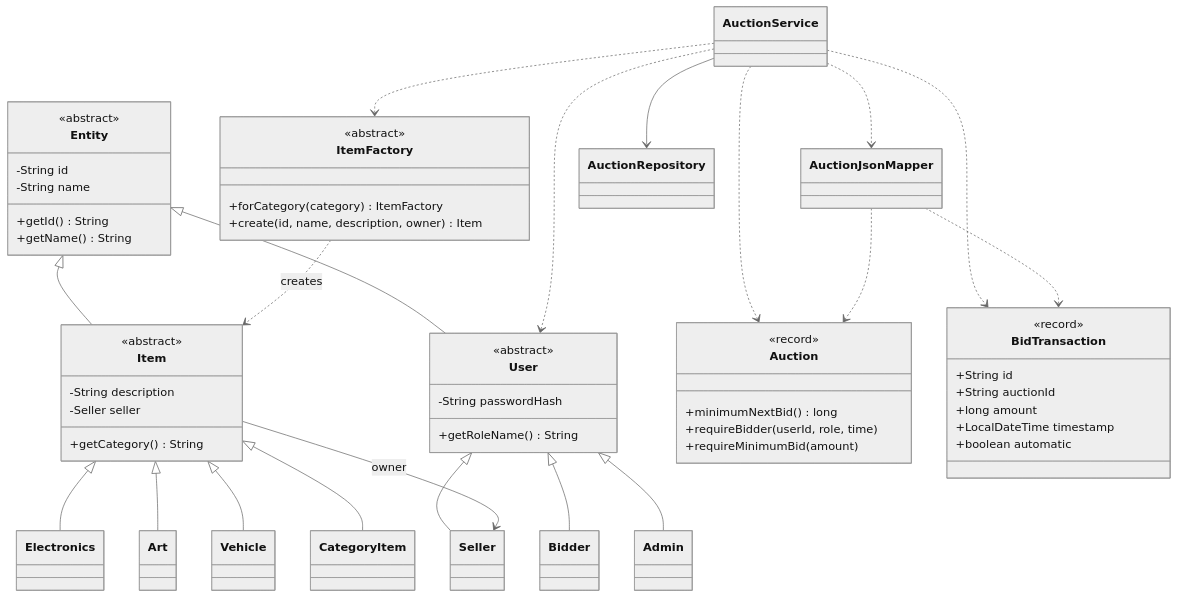
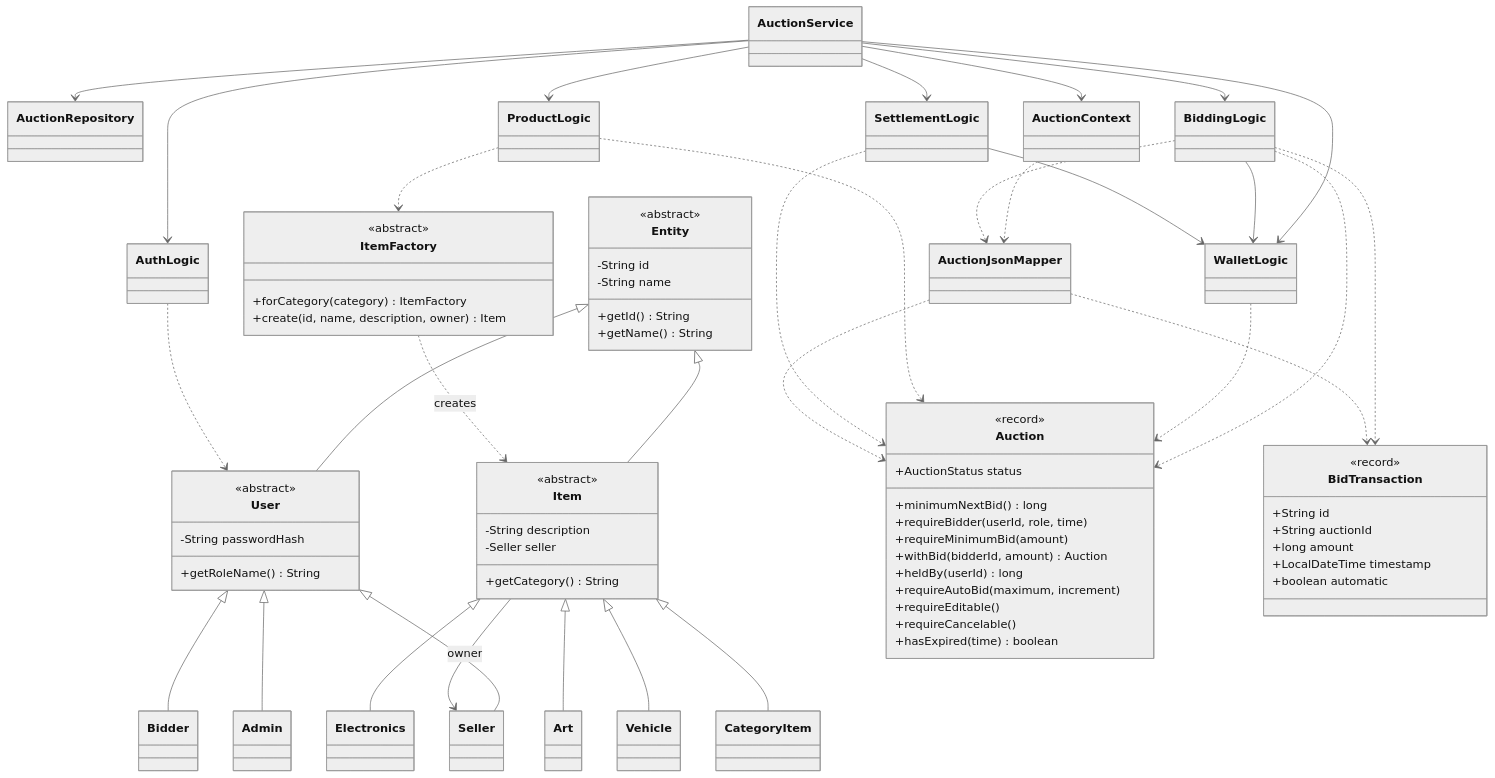
The second of 4 diagrams in docs/viva/ARCHITECTURE.md (hgiang757/Bai-Tap-Lon), drawn with Mermaid (neutral theme) before and after one commit. The commit also changed other lines of this file and 40 other files, not shown here.

````diff
--- a/docs/viva/ARCHITECTURE.md
+++ b/docs/viva/ARCHITECTURE.md
@@ -100,9 +103,16 @@
   ItemFactory ..> Item : creates
   class Auction {
     <<record>>
+    +AuctionStatus status
     +minimumNextBid() long
     +requireBidder(userId, role, time)
     +requireMinimumBid(amount)
+    +withBid(bidderId, amount) Auction
+    +heldBy(userId) long
+    +requireAutoBid(maximum, increment)
+    +requireEditable()
+    +requireCancelable()
+    +hasExpired(time) boolean
   }
   class BidTransaction {
     <<record>>
@@ -115,12 +125,30 @@
   class AuctionJsonMapper
   class AuctionService
   class AuctionRepository
-  AuctionService ..> ItemFactory
-  AuctionService ..> User
-  AuctionService ..> Auction
-  AuctionService ..> BidTransaction
+  class AuthLogic
+  class ProductLogic
+  class BiddingLogic
+  class WalletLogic
+  class SettlementLogic
+  class AuctionContext
+  AuctionService --> AuctionContext
+  AuctionService --> AuthLogic
+  AuctionService --> ProductLogic
+  AuctionService --> BiddingLogic
+  AuctionService --> WalletLogic
+  AuctionService --> SettlementLogic
+  AuthLogic ..> User
+  ProductLogic ..> ItemFactory
+  BiddingLogic ..> Auction
+  BiddingLogic ..> BidTransaction
+  BiddingLogic --> WalletLogic
+  SettlementLogic --> WalletLogic
   AuctionService --> AuctionRepository
-  AuctionService ..> AuctionJsonMapper
+  AuctionContext ..> AuctionJsonMapper
+  BiddingLogic ..> AuctionJsonMapper
+  WalletLogic ..> Auction
+  ProductLogic ..> Auction
+  SettlementLogic ..> Auction
   AuctionJsonMapper ..> Auction
   AuctionJsonMapper ..> BidTransaction
 ```
````
